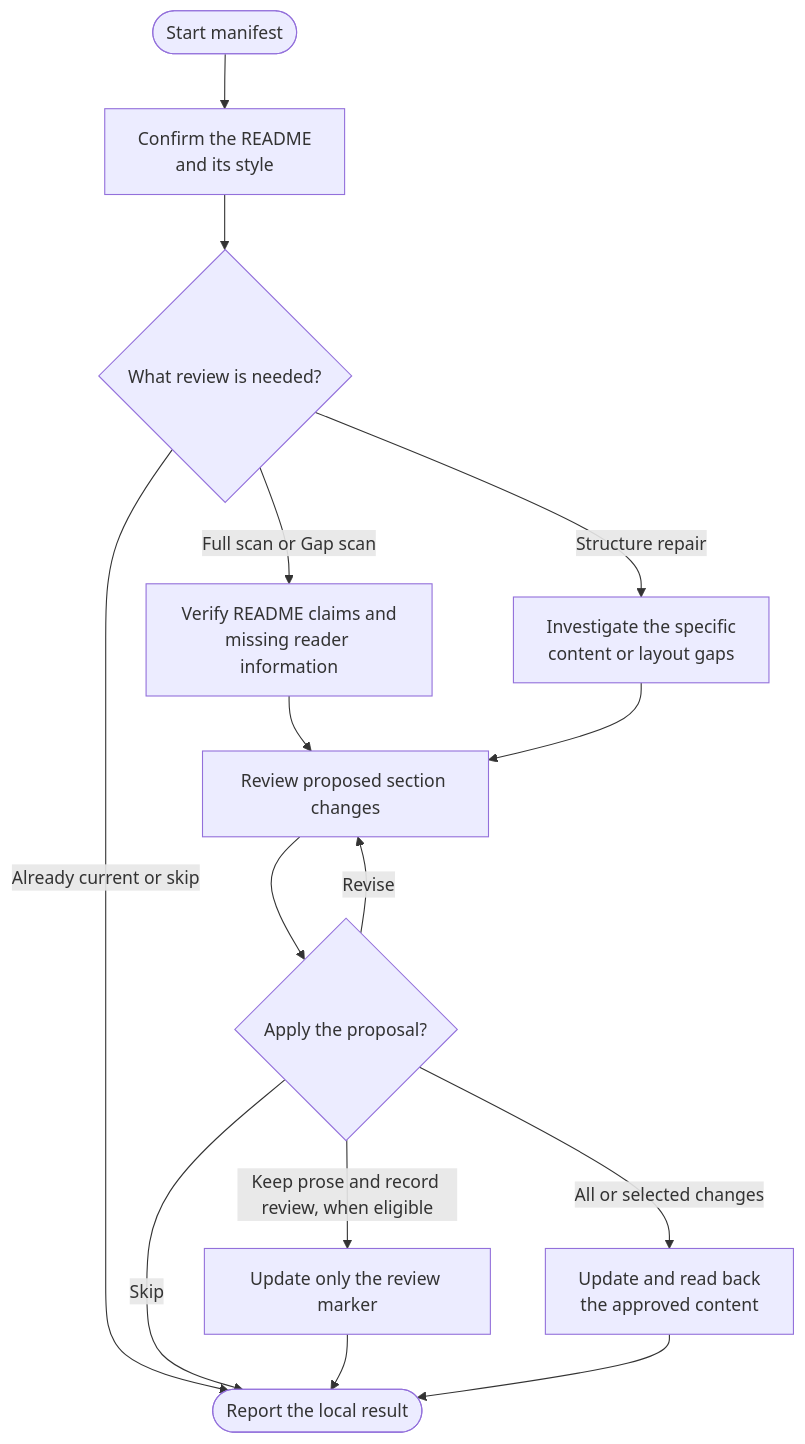
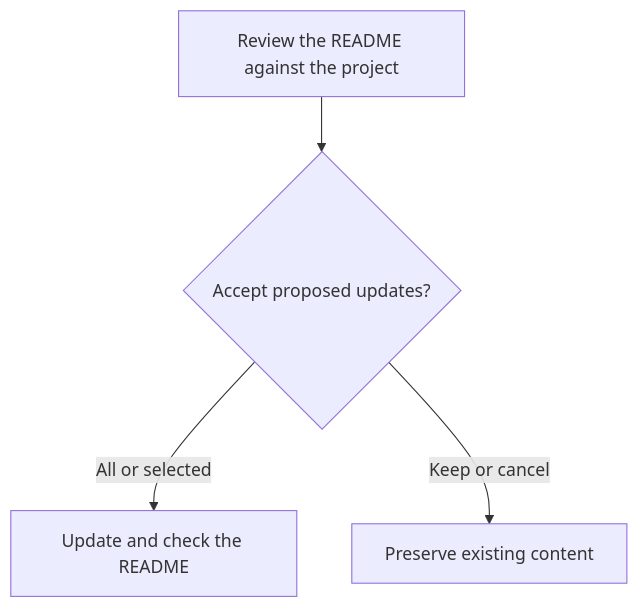
One commit to myowinthein/agent-helm changed the diagram in docs/commands/manifest.md. Above: the diagram before and after it, drawn with Mermaid. The commit also changed other lines of this file and 20 other files, not shown here.

````diff
--- a/docs/commands/manifest.md
+++ b/docs/commands/manifest.md
@@ -24,17 +14,6 @@
 ```mermaid
 flowchart TD
-  Start(["Start manifest"]) --> Target["Confirm the README<br/>and its style"]
-  Target --> Scope{"What review is needed?"}
-  Scope -->|Already current or skip| Finish(["Report the local result"])
-  Scope -->|Full scan or Gap scan| Scan["Verify README claims and<br/>missing reader information"]
-  Scope -->|Structure repair| Repair["Investigate the specific<br/>content or layout gaps"]
-  Scan --> Review["Review proposed section changes"]
-  Repair --> Review
-  Review --> Choice{"Apply the proposal?"}
-  Choice -->|Revise| Review
-  Choice -->|Skip| Finish
-  Choice -->|Keep prose and record review, when eligible| Marker["Update only the review marker"]
-  Marker --> Finish
-  Choice -->|All or selected changes| Write["Update and read back<br/>the approved content"]
-  Write --> Finish
+  Review["Review the README against the project"] --> Choose{"Accept proposed updates?"}
+  Choose -->|All or selected| Update["Update and check the README"]
+  Choose -->|Keep or cancel| Keep["Preserve existing content"]
 ```
````
